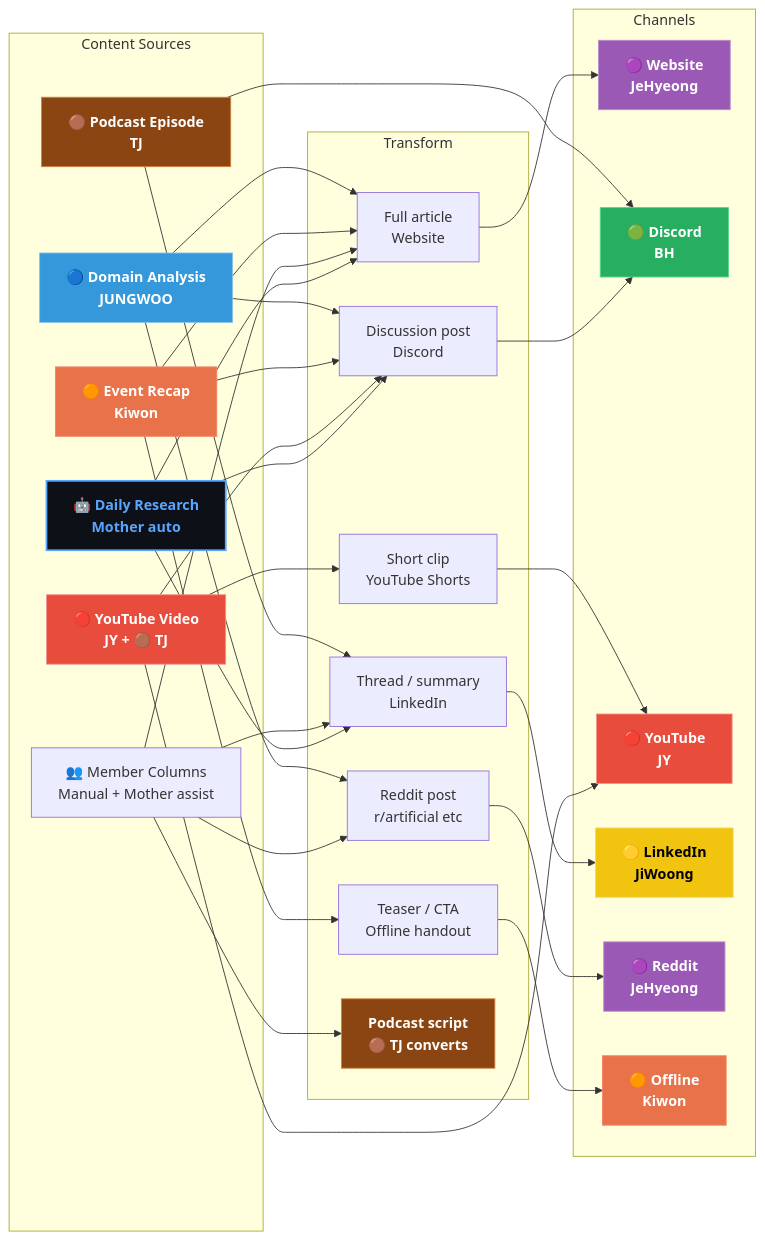
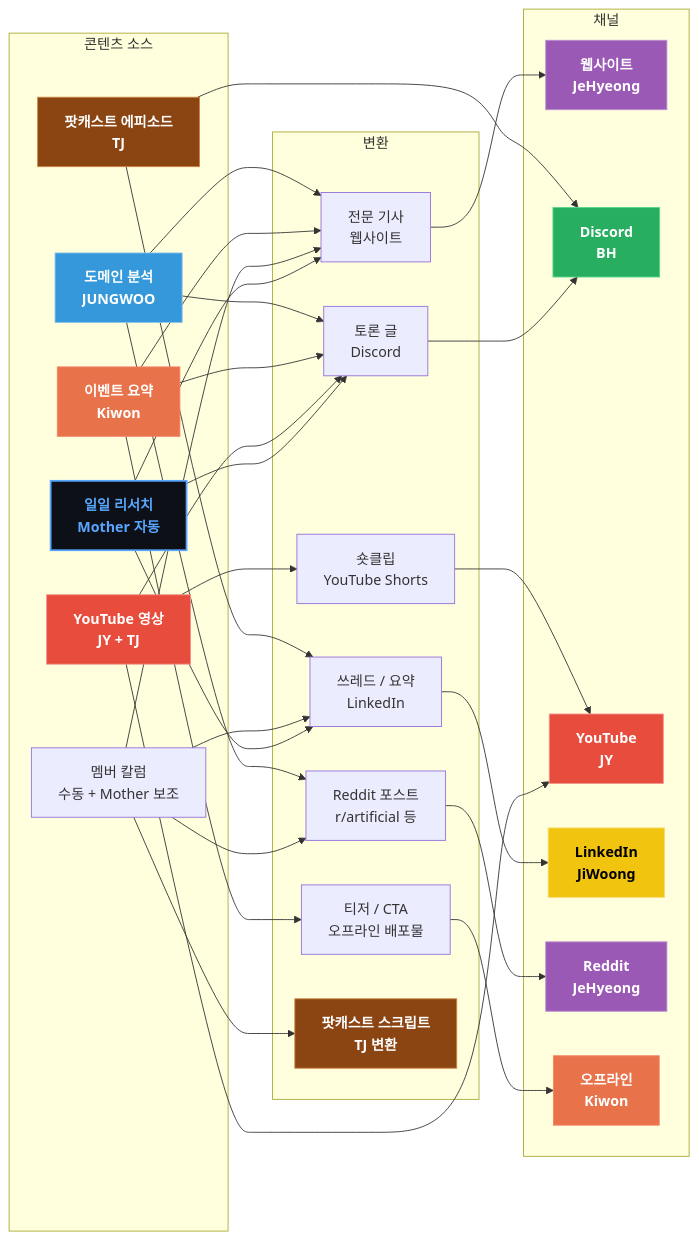
Before and after one commit to JeHyeong2/hypeprooflab: the diagram in products/hypeproof-workflow-diagrams/d3-color.mmd, drawn with Mermaid. The commit also changed 38 other files, not shown here.

First line of the commit message:
diagrams: convert all to Korean + font 18px + QA pass 19/19

```diff
--- a/products/hypeproof-workflow-diagrams/d3-color.mmd
+++ b/products/hypeproof-workflow-diagrams/d3-color.mmd
@@ -1,67 +1,67 @@
 flowchart LR
-    subgraph SOURCE["Content Sources"]
-        DR["🤖 Daily Research<br/>Mother auto"]
-        MC["👥 Member Columns<br/>Manual + Mother assist"]
-        YV["🔴 YouTube Video<br/>JY + 🟤 TJ"]
-        PE["🟤 Podcast Episode<br/>TJ"]
-        EV["🟠 Event Recap<br/>Kiwon"]
-        DA["🔵 Domain Analysis<br/>JUNGWOO"]
+    subgraph SOURCE["콘텐츠 소스"]
+        DR["일일 리서치<br/>Mother 자동"]
+        MC["멤버 칼럼<br/>수동 + Mother 보조"]
+        YV["YouTube 영상<br/>JY + TJ"]
+        PE["팟캐스트 에피소드<br/>TJ"]
+        EV["이벤트 요약<br/>Kiwon"]
+        DA["도메인 분석<br/>JUNGWOO"]
     end
 
-    subgraph TRANSFORM["Transform"]
-        T1["Full article<br/>Website"]
-        T2["Thread / summary<br/>LinkedIn"]
-        T3["Discussion post<br/>Discord"]
-        T4["Short clip<br/>YouTube Shorts"]
-        T5["Reddit post<br/>r/artificial etc"]
-        T6["Teaser / CTA<br/>Offline handout"]
-        T7["Podcast script<br/>🟤 TJ converts"]
+    subgraph TRANSFORM["변환"]
+        T1["전문 기사<br/>웹사이트"]
+        T2["쓰레드 / 요약<br/>LinkedIn"]
+        T3["토론 글<br/>Discord"]
+        T4["숏클립<br/>YouTube Shorts"]
+        T5["Reddit 포스트<br/>r/artificial 등"]
+        T6["티저 / CTA<br/>오프라인 배포물"]
+        T7["팟캐스트 스크립트<br/>TJ 변환"]
     end
 
-    subgraph CHANNELS["Channels"]
-        W["🟣 Website<br/>JeHyeong"]
-        D["🟢 Discord<br/>BH"]
-        Y["🔴 YouTube<br/>JY"]
-        L["🟡 LinkedIn<br/>JiWoong"]
-        RR["🟣 Reddit<br/>JeHyeong"]
-        O["🟠 Offline<br/>Kiwon"]
+    subgraph CHANNELS["채널"]
+        W["웹사이트<br/>JeHyeong"]
+        D["Discord<br/>BH"]
+        Y["YouTube<br/>JY"]
+        L["LinkedIn<br/>JiWoong"]
+        RR["Reddit<br/>JeHyeong"]
+        O["오프라인<br/>Kiwon"]
     end
 
     DR --> T1 --> W
     DR --> T3 --> D
     DR --> T2 --> L
     MC --> T1
     MC --> T2
     MC --> T5 --> RR
     MC --> T7
     YV --> Y
     YV --> T4 --> Y
     YV --> T3
     PE --> D
     PE --> T2
     EV --> T1
     EV --> T3
     EV --> T6 --> O
     DA --> T1
     DA --> T3
     DA --> T5
 
     classDef jay fill:#1f6feb,stroke:#388bfd,color:#fff,font-weight:bold
     classDef kiwon fill:#e8734a,stroke:#f78166,color:#fff,font-weight:bold
     classDef jiwoong fill:#f1c40f,stroke:#f7dc6f,color:#000,font-weight:bold
     classDef jy fill:#e74c3c,stroke:#f1948a,color:#fff,font-weight:bold
     classDef tj fill:#8b4513,stroke:#cd853f,color:#fff,font-weight:bold
     classDef jehyeong fill:#9b59b6,stroke:#bb8fce,color:#fff,font-weight:bold
     classDef bh fill:#27ae60,stroke:#58d68d,color:#fff,font-weight:bold
     classDef jungwoo fill:#3498db,stroke:#85c1e9,color:#fff,font-weight:bold
     classDef ryan fill:#95a5a6,stroke:#bdc3c7,color:#000,font-weight:bold
     classDef mother fill:#0d1117,stroke:#58a6ff,color:#58a6ff,font-weight:bold,stroke-width:2px
 
     class DR mother
     class YV,Y jy
     class PE,T7 tj
     class EV,O kiwon
     class DA jungwoo
     class W,RR jehyeong
     class D bh
     class L jiwoong
```
